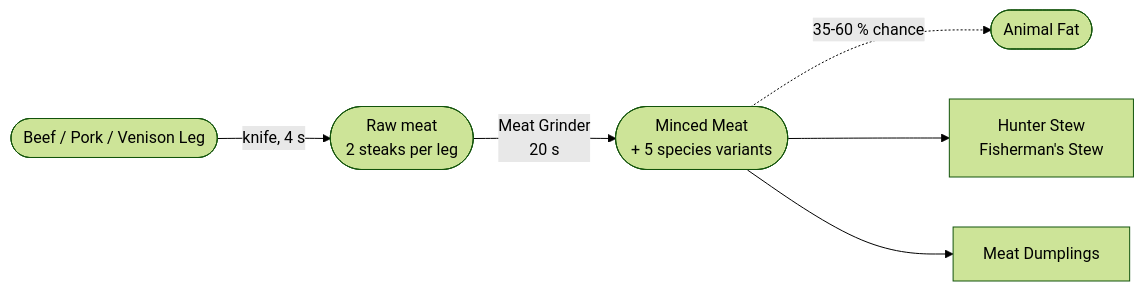
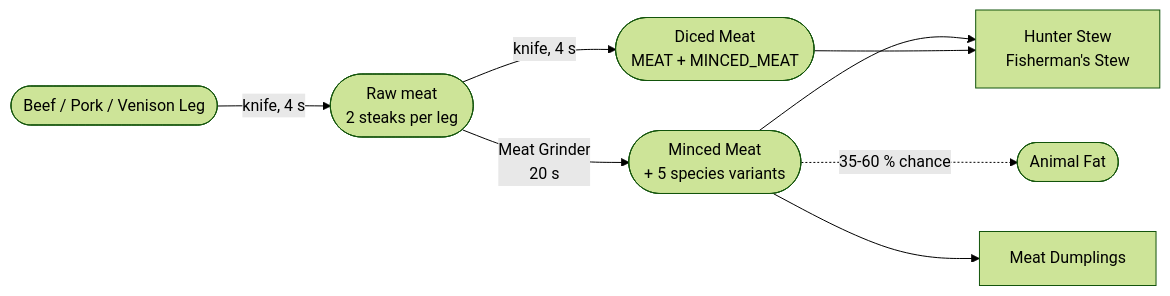
One commit to Psyern/Psyerns_ChefZ changed the seventh of 13 diagrams in ChefZ_Wiki/Production-Chains.md. Above: the diagram before and after it, drawn with Mermaid (forest theme). The commit also changed other lines of this file and 47 other files, not shown here.

````diff
--- a/ChefZ_Wiki/Production-Chains.md
+++ b/ChefZ_Wiki/Production-Chains.md
@@ -217,8 +215,10 @@
 ```mermaid
 graph LR
   LG(["Beef / Pork / Venison Leg"]) -->|"knife, 4 s"| RM(["Raw meat<br/>2 steaks per leg"])
+  RM -->|"knife, 4 s"| DM(["Diced Meat<br/>MEAT + MINCED_MEAT"])
   RM -->|"Meat Grinder<br/>20 s"| MM(["Minced Meat<br/>+ 5 species variants"])
   MM -.->|"35-60 % chance"| AF(["Animal Fat"])
   MM --> ST["Hunter Stew<br/>Fisherman's Stew"]
+  DM --> ST
   MM --> MD["Meat Dumplings"]
 ```
````
